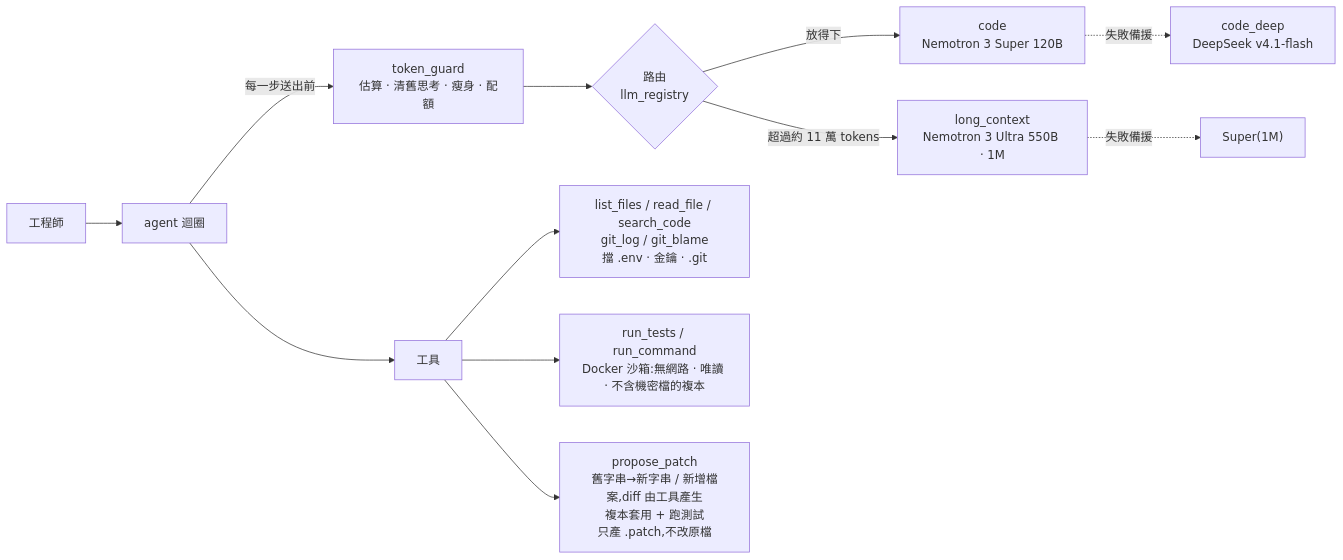
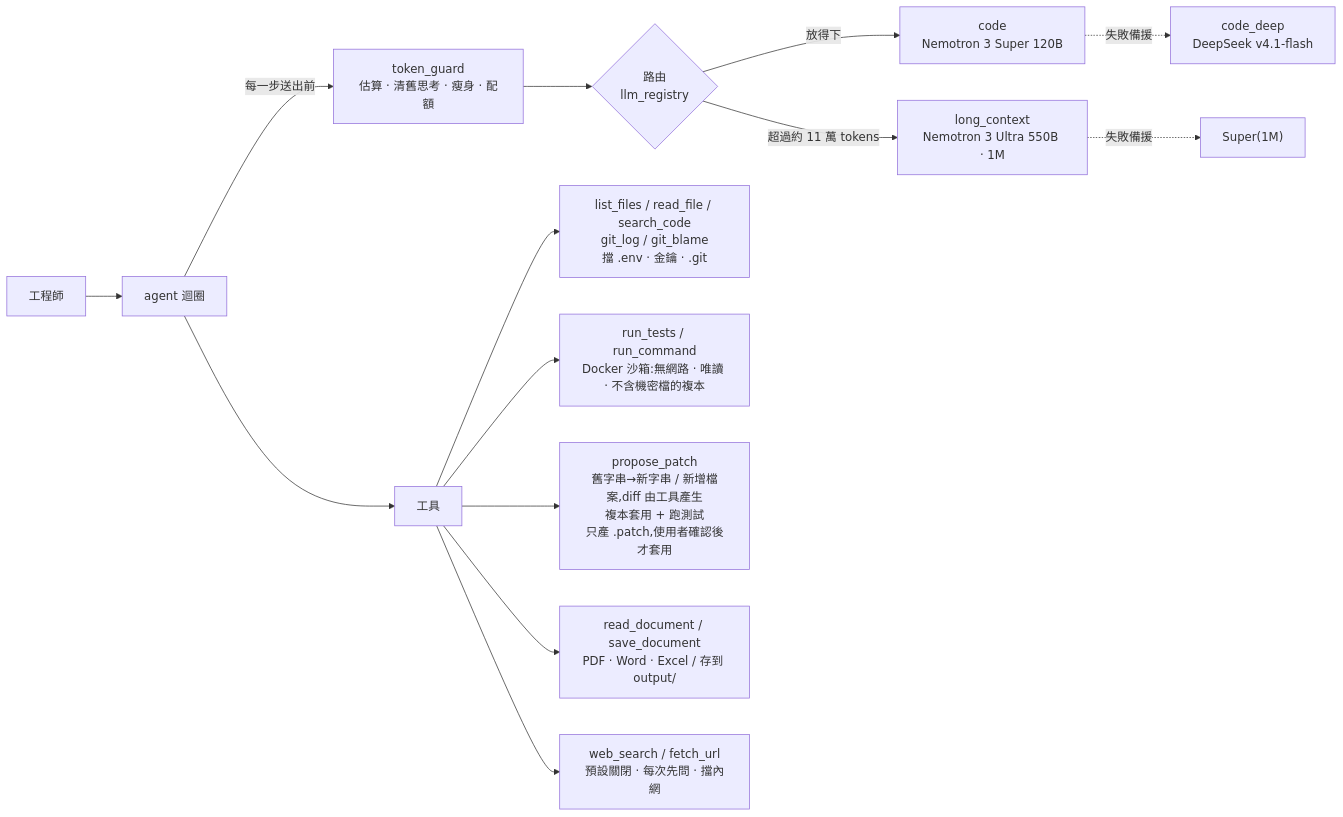
Before and after one commit to inform199751-crypto/nvidia-dev-assistant: the diagram in README.md, drawn with Mermaid. The commit also changed other lines of this file and 6 other files, not shown here.

First line of the commit message:
Add opt-in web search and page fetch with per-use confirmation

````diff
--- a/README.md
+++ b/README.md
@@ -11,14 +11,16 @@
 ```mermaid
 flowchart LR
     U[工程師] --> A[agent 迴圈]
     A -->|每一步送出前| G["token_guard<br/>估算 · 清舊思考 · 瘦身 · 配額"]
     G --> R{"路由<br/>llm_registry"}
     R -->|放得下| S["code<br/>Nemotron 3 Super 120B"]
     R -->|"超過約 11 萬 tokens"| L["long_context<br/>Nemotron 3 Ultra 550B · 1M"]
     S -. 失敗備援 .-> D["code_deep<br/>DeepSeek v4.1-flash"]
     L -. 失敗備援 .-> S2["Super(1M)"]
     A --> T[工具]
     T --> T1["list_files / read_file / search_code<br/>git_log / git_blame<br/>擋 .env · 金鑰 · .git"]
     T --> T2["run_tests / run_command<br/>Docker 沙箱:無網路 · 唯讀 · 不含機密檔的複本"]
-    T --> T3["propose_patch<br/>舊字串→新字串 / 新增檔案,diff 由工具產生<br/>複本套用 + 跑測試<br/>只產 .patch,不改原檔"]
+    T --> T3["propose_patch<br/>舊字串→新字串 / 新增檔案,diff 由工具產生<br/>複本套用 + 跑測試<br/>只產 .patch,使用者確認後才套用"]
+    T --> T4["read_document / save_document<br/>PDF · Word · Excel / 存到 output/"]
+    T --> T5["web_search / fetch_url<br/>預設關閉 · 每次先問 · 擋內網"]
 ```
````
